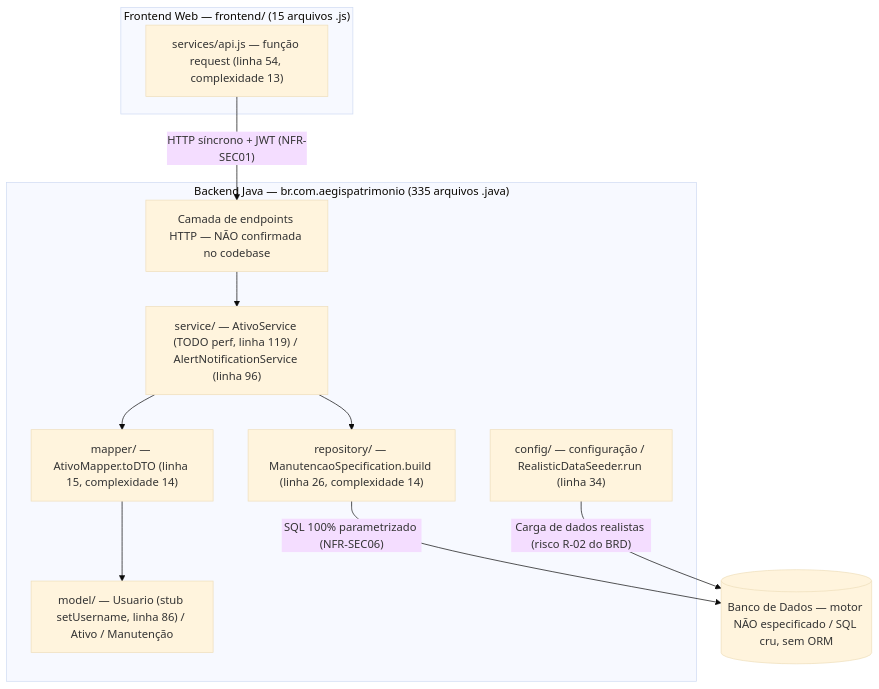
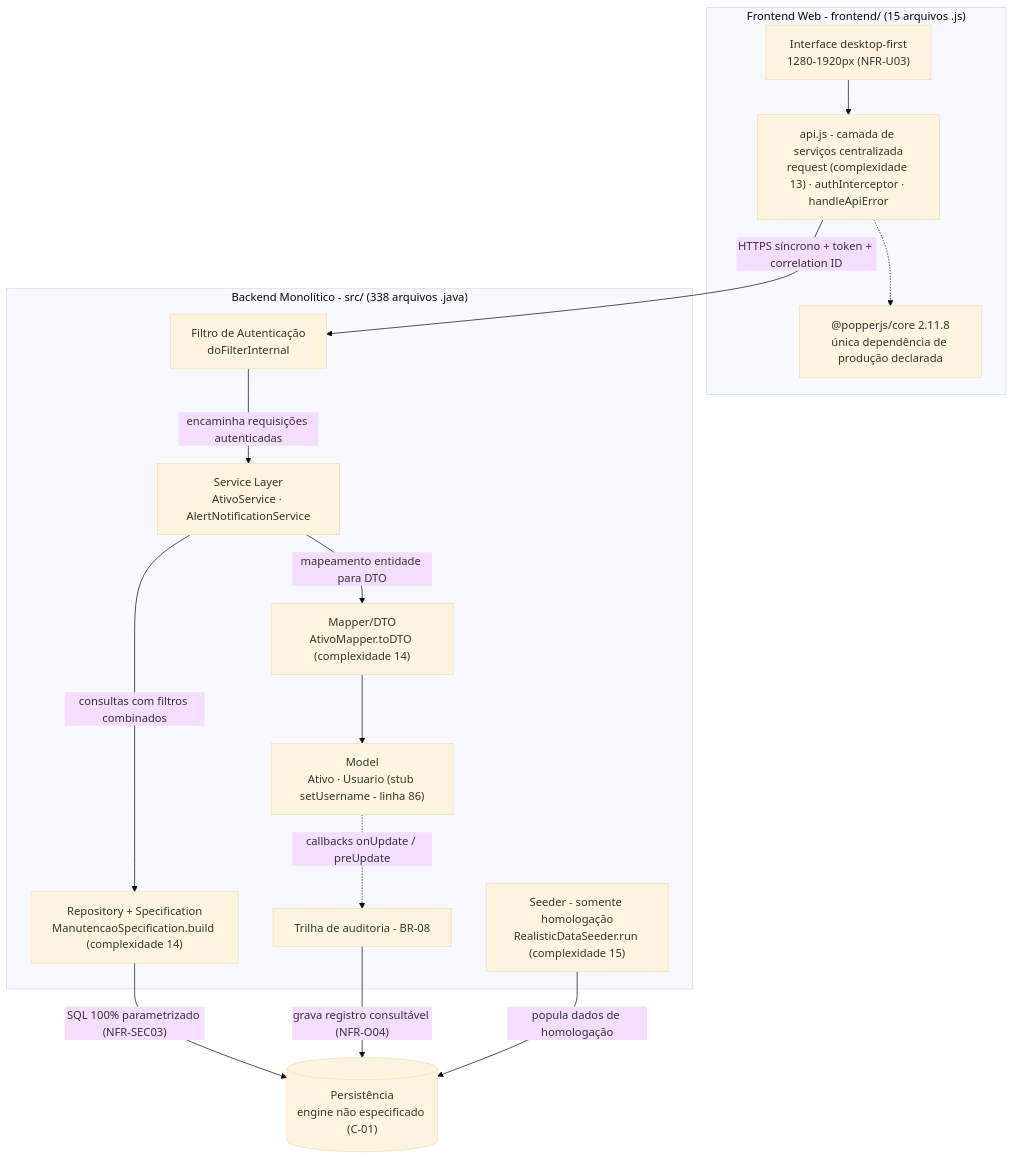
Before and after one commit to diogo-rp-menezes/aegispatrimonio: the eighth of 10 diagrams in docs/03-architecture/uml-diagrams.md, drawn with Mermaid (base theme). The commit also changed other lines of this file and 49 other files, not shown here.

````diff
--- a/docs/03-architecture/uml-diagrams.md
+++ b/docs/03-architecture/uml-diagrams.md
@@ -250,25 +239,32 @@
 ```mermaid
 graph TD
-    subgraph FE["Frontend Web — frontend/ (15 arquivos .js)"]
-        APIJS["services/api.js — função request (linha 54, complexidade 13)"]
+    subgraph FE["Frontend Web - frontend/ (15 arquivos .js)"]
+        UI["Interface desktop-first<br>1280-1920px (NFR-U03)"]
+        APISVC["api.js - camada de serviços centralizada<br>request (complexidade 13) · authInterceptor · handleApiError"]
+        POPPER["@popperjs/core 2.11.8<br>única dependência de produção declarada"]
+        UI --> APISVC
+        APISVC -.-> POPPER
     end
 
-    subgraph BE["Backend Java — br.com.aegispatrimonio (335 arquivos .java)"]
-        EP["Camada de endpoints HTTP — NÃO confirmada no codebase"]
-        SVC["service/ — AtivoService (TODO perf, linha 119) / AlertNotificationService (linha 96)"]
-        MAP["mapper/ — AtivoMapper.toDTO (linha 15, complexidade 14)"]
-        REPO["repository/ — ManutencaoSpecification.build (linha 26, complexidade 14)"]
-        MODEL["model/ — Usuario (stub setUsername, linha 86) / Ativo / Manutenção"]
-        CFG["config/ — configuração / RealisticDataSeeder.run (linha 34)"]
+    subgraph BE["Backend Monolítico - src/ (338 arquivos .java)"]
+        FLT["Filtro de Autenticação<br>doFilterInternal"]
+        SVC["Service Layer<br>AtivoService · AlertNotificationService"]
+        SPEC["Repository + Specification<br>ManutencaoSpecification.build (complexidade 14)"]
+        MAPPER["Mapper/DTO<br>AtivoMapper.toDTO (complexidade 14)"]
+        MODEL["Model<br>Ativo · Usuario (stub setUsername - linha 86)"]
+        AUDIT["Trilha de auditoria - BR-08"]
+        SEEDER["Seeder - somente homologação<br>RealisticDataSeeder.run (complexidade 15)"]
     end
 
-    DB[("Banco de Dados — motor NÃO especificado / SQL cru, sem ORM")]
+    DB[("Persistência<br>engine não especificado (C-01)")]
 
-    APIJS -->|"HTTP síncrono + JWT (NFR-SEC01)"| EP
-    EP --> SVC
-    SVC --> MAP
-    MAP --> MODEL
-    SVC --> REPO
-    REPO -->|"SQL 100% parametrizado (NFR-SEC06)"| DB
-    CFG -->|"Carga de dados realistas (risco R-02 do BRD)"| DB
+    APISVC -->|"HTTPS síncrono + token + correlation ID"| FLT
+    FLT -->|"encaminha requisições autenticadas"| SVC
+    SVC -->|"consultas com filtros combinados"| SPEC
+    SVC -->|"mapeamento entidade para DTO"| MAPPER
+    MAPPER --> MODEL
+    MODEL -.->|"callbacks onUpdate / preUpdate"| AUDIT
+    SPEC -->|"SQL 100% parametrizado (NFR-SEC03)"| DB
+    AUDIT -->|"grava registro consultável (NFR-O04)"| DB
+    SEEDER -->|"popula dados de homologação"| DB
 ```
````
